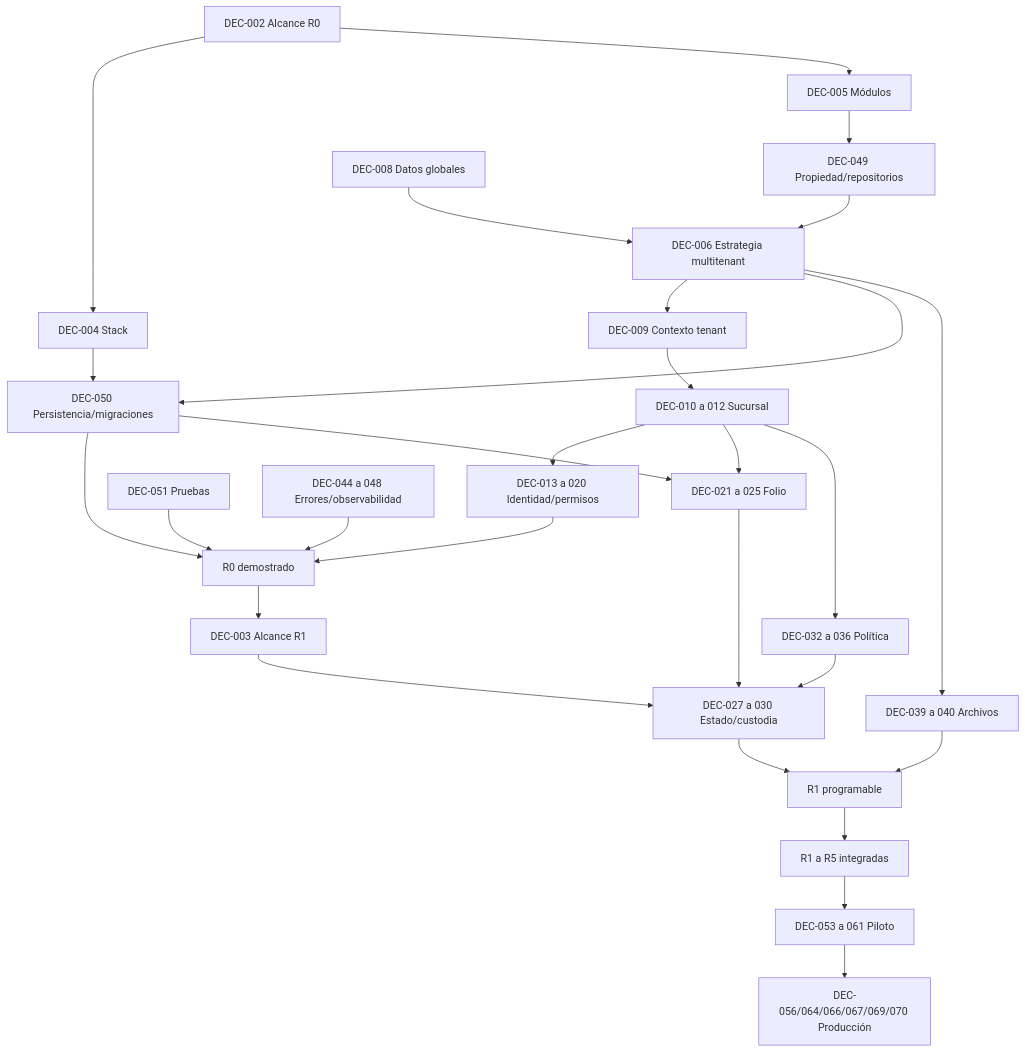
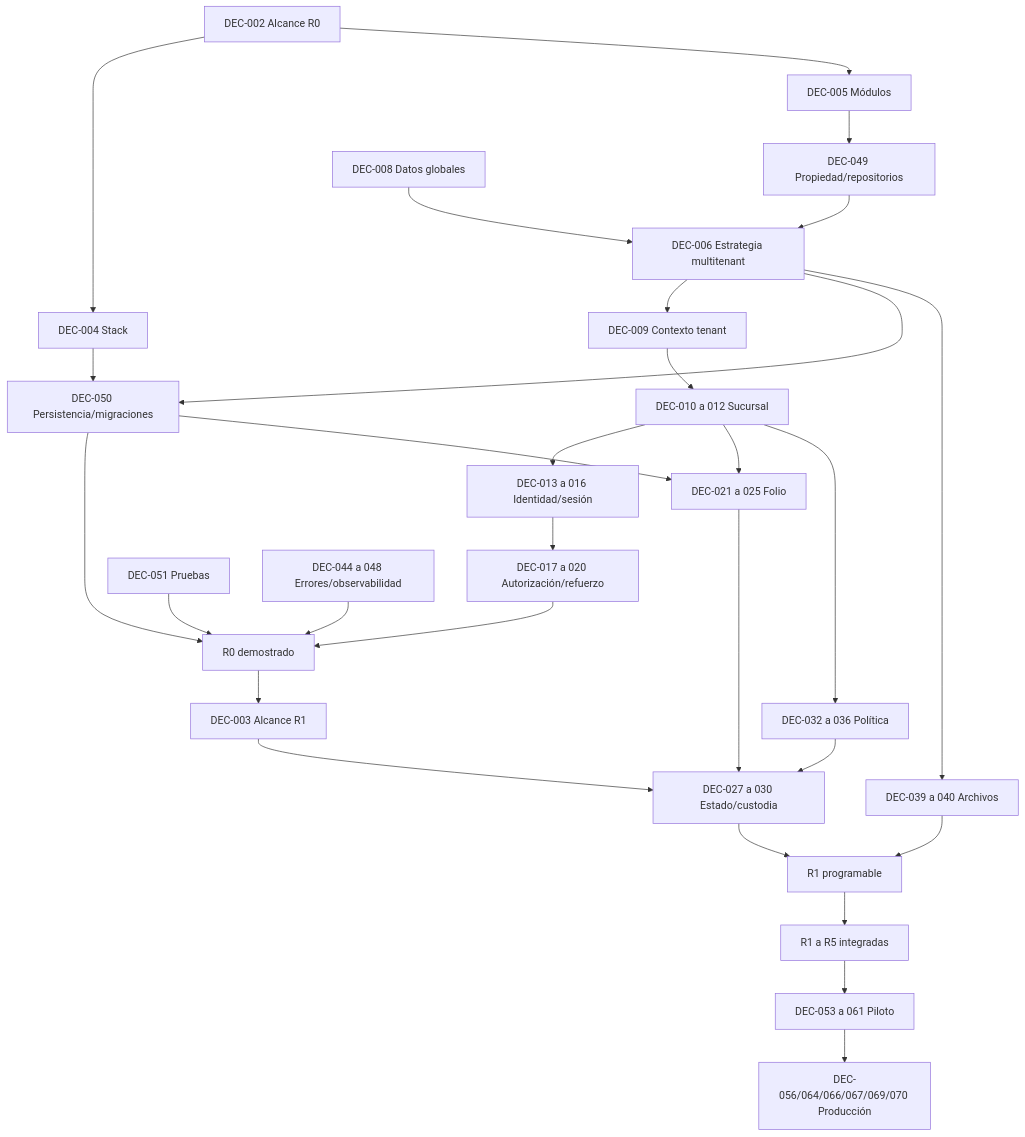
One commit to luisgtzaviles/SrTaller-2.0 changed the diagram in docs/architecture-readiness/blocker-closure/DEPENDENCIAS_ENTRE_DECISIONES.md. Above: the diagram before and after it, drawn with Mermaid. The commit also changed other lines of this file and 59 other files, not shown here.

````diff
--- a/docs/architecture-readiness/blocker-closure/DEPENDENCIAS_ENTRE_DECISIONES.md
+++ b/docs/architecture-readiness/blocker-closure/DEPENDENCIAS_ENTRE_DECISIONES.md
@@ -5,34 +5,35 @@
 ```mermaid
 flowchart TD
     SCOPE[DEC-002 Alcance R0] --> STACK[DEC-004 Stack]
     SCOPE --> MODULES[DEC-005 Módulos]
     STACK --> DATA[DEC-050 Persistencia/migraciones]
     MODULES --> OWN[DEC-049 Propiedad/repositorios]
 
     GLOBAL[DEC-008 Datos globales] --> MT[DEC-006 Estrategia multitenant]
     OWN --> MT
     MT --> TC[DEC-009 Contexto tenant]
     TC --> BR[DEC-010 a 012 Sucursal]
-    BR --> ID[DEC-013 a 020 Identidad/permisos]
+    BR --> ID[DEC-013 a 016 Identidad/sesión]
+    ID --> AUTH[DEC-017 a 020 Autorización/refuerzo]
     MT --> DATA
 
     TEST[DEC-051 Pruebas] --> R0[R0 demostrado]
-    ID --> R0
+    AUTH --> R0
     DATA --> R0
     OBS[DEC-044 a 048 Errores/observabilidad] --> R0
 
     R0 --> R1S[DEC-003 Alcance R1]
     BR --> FOLIO[DEC-021 a 025 Folio]
     DATA --> FOLIO
     R1S --> CUST[DEC-027 a 030 Estado/custodia]
     FOLIO --> CUST
     BR --> POLICY[DEC-032 a 036 Política]
     POLICY --> CUST
     MT --> FILES[DEC-039 a 040 Archivos]
     CUST --> R1[R1 programable]
     FILES --> R1
 
     R1 --> MVP[R1 a R5 integradas]
     MVP --> PILOT[DEC-053 a 061 Piloto]
     PILOT --> PROD[DEC-056/064/066/067/069/070 Producción]
 ```
````
